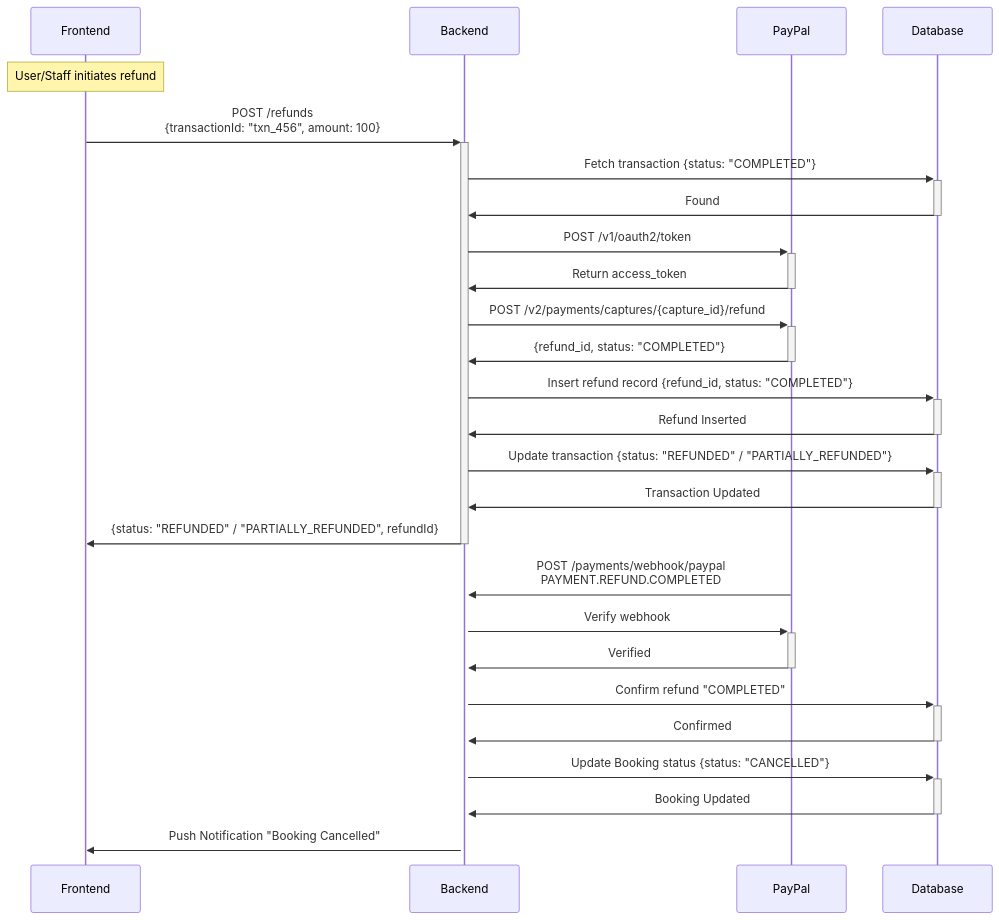
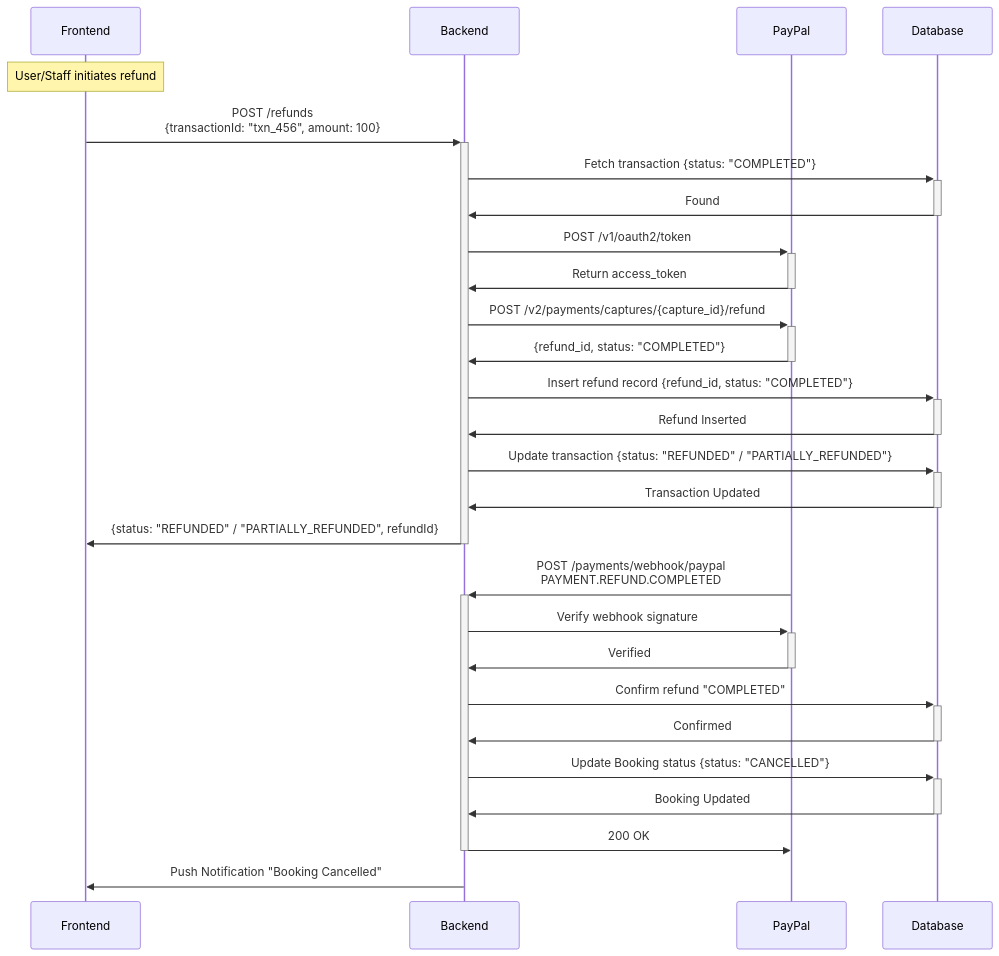
The fifth of 6 diagrams in README.md (randa-magdy/paypal-payment-integration), drawn with Mermaid before and after one commit. The commit also changed other lines of this file, not shown here.

Commit message:
Updated sequence diagrams and added 200 OK response for PayPal webhook handler.

````diff
--- a/README.md
+++ b/README.md
@@ -483,35 +491,36 @@
 ```mermaid
 sequenceDiagram
     participant FE as Frontend
     participant BE as Backend
     participant PP as PayPal
     participant DB as Database
     
     Note over FE: User/Staff initiates refund
     
     FE->>+BE: POST /refunds<br/>{transactionId: "txn_456", amount: 100}
     BE->>+DB: Fetch transaction {status: "COMPLETED"}
     DB->>-BE: Found
     
     BE->>+PP: POST /v1/oauth2/token
     PP->>-BE: Return access_token
     
     BE->>+PP: POST /v2/payments/captures/{capture_id}/refund
     PP->>-BE: {refund_id, status: "COMPLETED"}
     
     BE->>+DB: Insert refund record {refund_id, status: "COMPLETED"}
     DB->>-BE: Refund Inserted
     BE->>+DB: Update transaction {status: "REFUNDED" / "PARTIALLY_REFUNDED"}
     DB->>-BE: Transaction Updated
     BE->>-FE: {status: "REFUNDED" / "PARTIALLY_REFUNDED", refundId}
     
     %% Webhook
     PP->>+BE: POST /payments/webhook/paypal<br/>PAYMENT.REFUND.COMPLETED
-    BE->>+PP: Verify webhook
+    BE->>+PP: Verify webhook signature
     PP->>-BE: Verified
     BE->>+DB: Confirm refund "COMPLETED"
     DB->>-BE: Confirmed
     BE->>+DB: Update Booking status {status: "CANCELLED"}
-    DB->>-BE: Booking Updated 
+    DB->>-BE: Booking Updated
+    BE->>-PP: 200 OK
     BE->>FE: Push Notification "Booking Cancelled"
 ```
````
